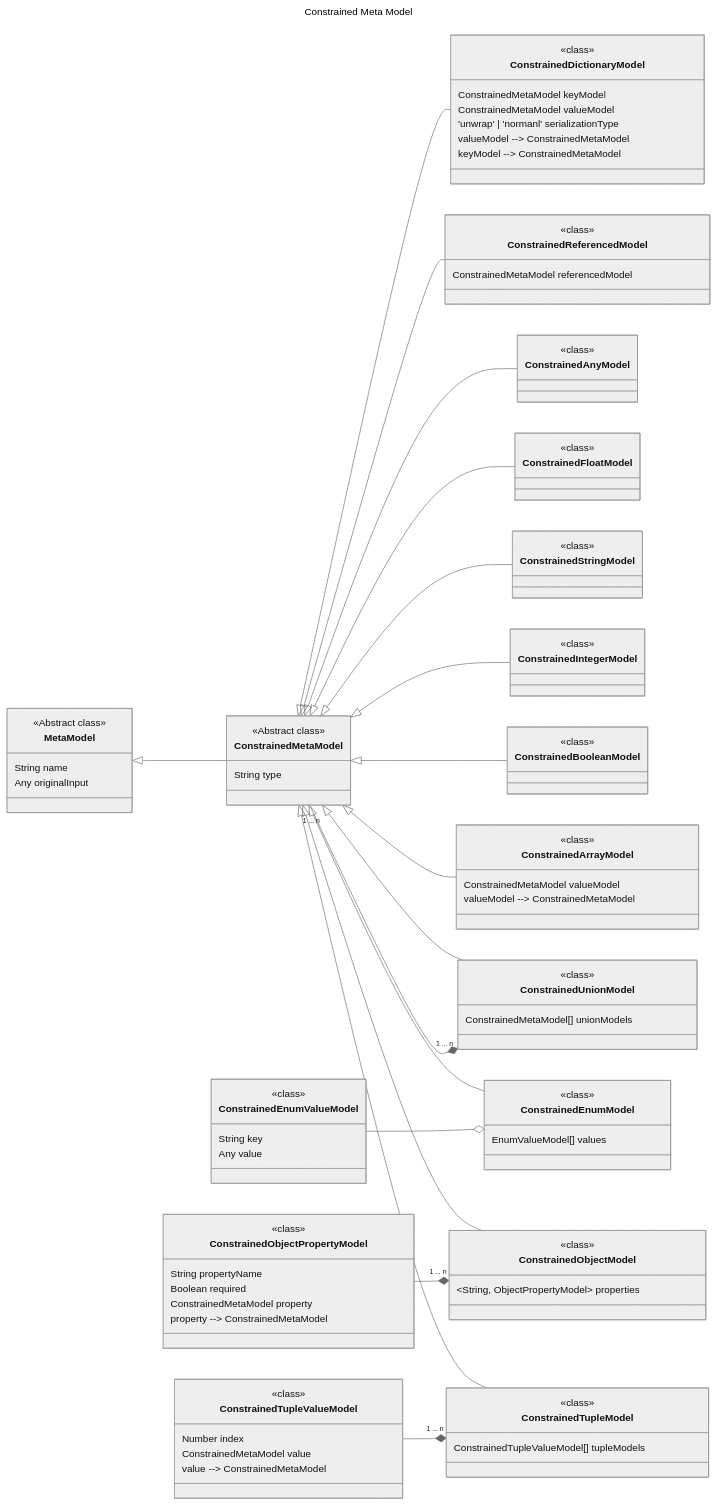
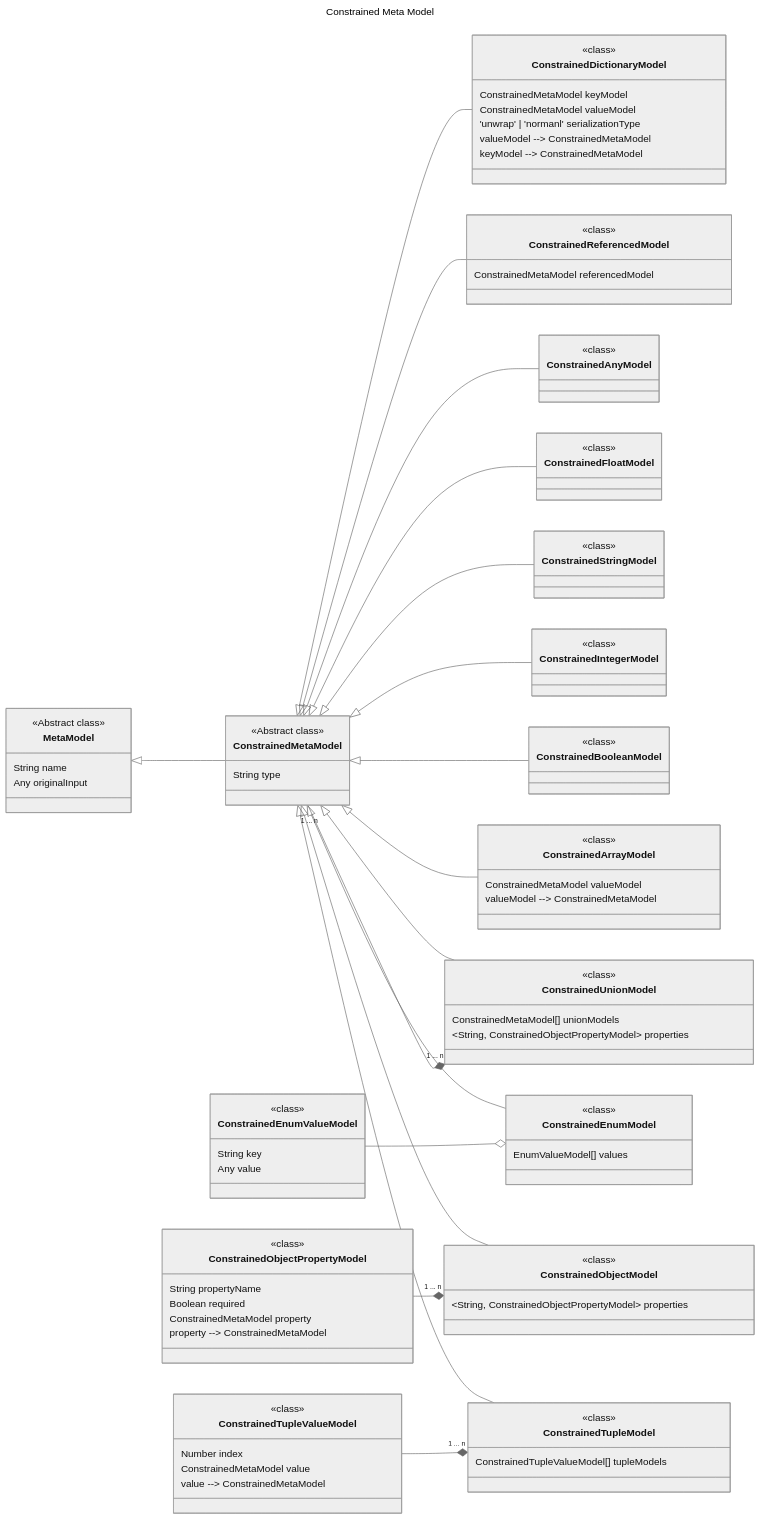
The second of 2 diagrams in docs/internal-model.md (asyncapi/modelina), drawn with Mermaid (neutral theme) before and after one commit. The commit also changed 33 other files, not shown here.

```diff
--- a/docs/internal-model.md
+++ b/docs/internal-model.md
@@ -180,7 +181,7 @@
 
     class ConstrainedObjectModel{
         <<class>>
-        &lt;String, ObjectPropertyModel&gt; properties
+        &lt;String, ConstrainedObjectPropertyModel&gt; properties
     }
 
     class ConstrainedObjectPropertyModel{
@@ -198,6 +199,7 @@
     class ConstrainedUnionModel{
         <<class>>
         ConstrainedMetaModel[] unionModels
+        &lt;String, ConstrainedObjectPropertyModel&gt; properties
     }
 
     class ConstrainedEnumValueModel{
```
